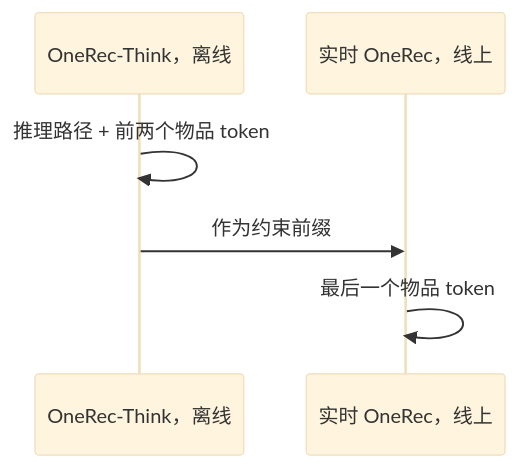
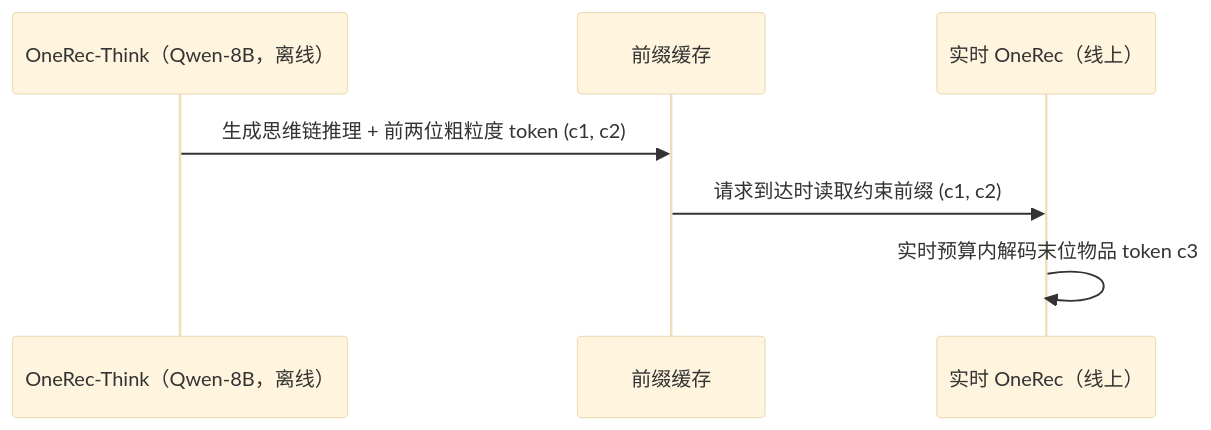
Before and after one commit to Galaxy-ghost/Awesome-SID-Generative-Rec: the second of 2 diagrams in notes/zh/onerec-think.md, drawn with Mermaid (base theme). The commit also changed other lines of this file and 649 other files, not shown here.

Commit message:
writer-05: also tags and modality index (schema, check, build, visuals); summary field removed; calibration data for 12 papers

````diff
--- a/notes/zh/onerec-think.md
+++ b/notes/zh/onerec-think.md
@@ -44,8 +49,9 @@
 ```mermaid
 sequenceDiagram
-    participant Offline as OneRec-Think，离线
-    participant Online as 实时 OneRec，线上
-    Offline->>Offline: 推理路径 + 前两个物品 token
-    Offline->>Online: 作为约束前缀
-    Online->>Online: 最后一个物品 token
+    participant Offline as OneRec-Think（Qwen-8B，离线）
+    participant Cache as 前缀缓存
+    participant Online as 实时 OneRec（线上）
+    Offline->>Cache: 生成思维链推理 + 前两位粗粒度 token (c1, c2)
+    Cache->>Online: 请求到达时读取约束前缀 (c1, c2)
+    Online->>Online: 实时预算内解码末位物品 token c3
 ```
````
